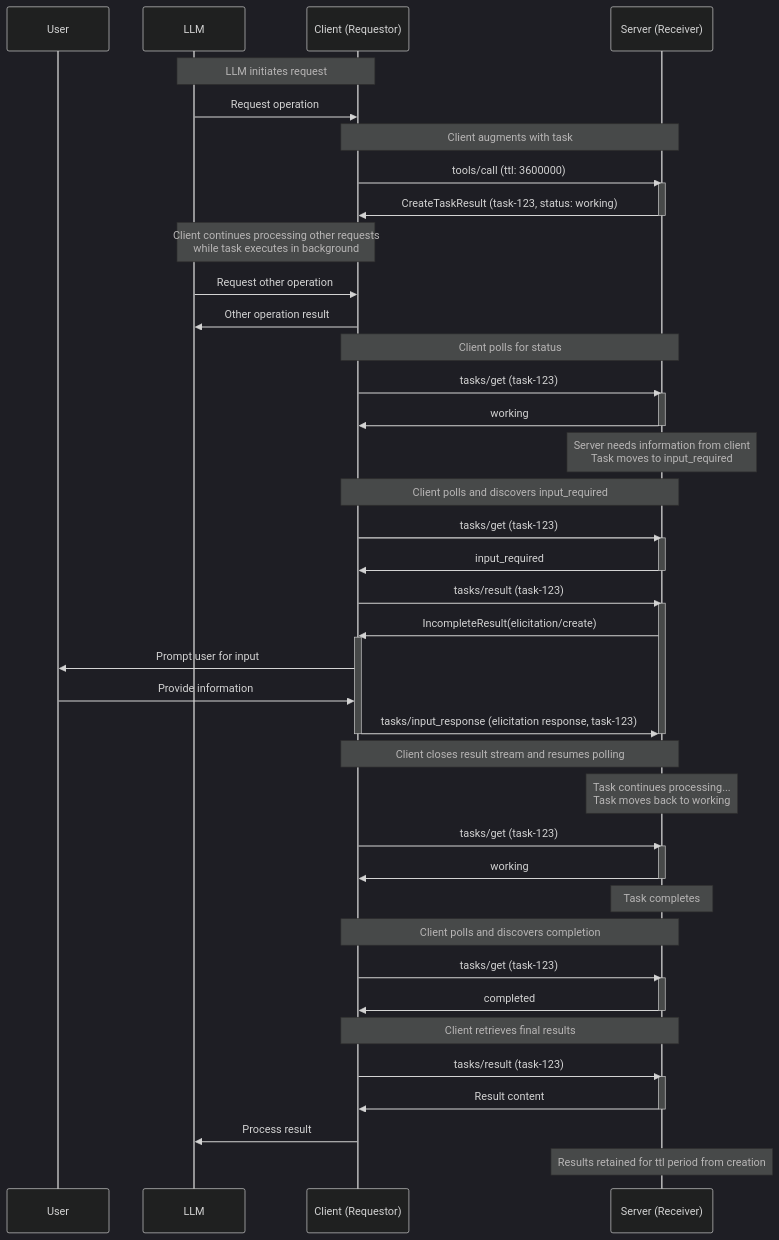
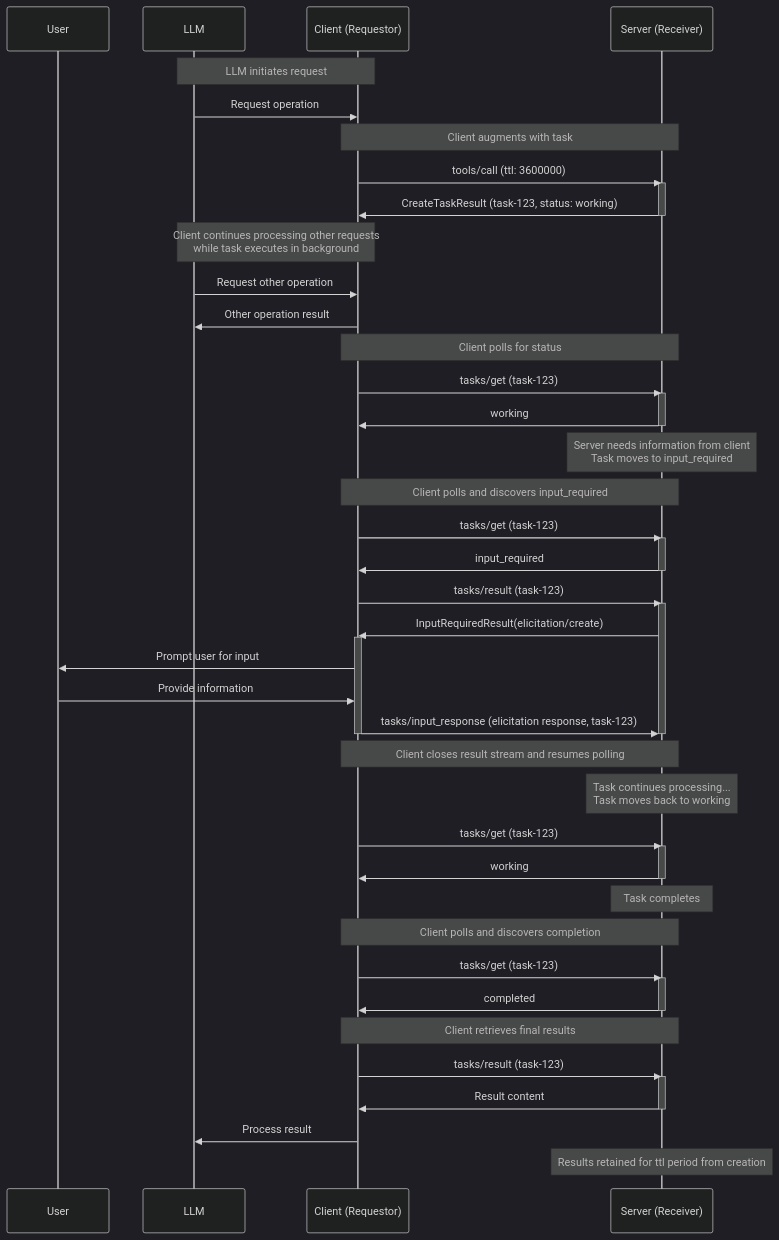
Before and after one commit to modelcontextprotocol/modelcontextprotocol: the third of 5 diagrams in docs/specification/draft/basic/utilities/tasks.mdx, drawn with Mermaid (dark theme). The commit also changed other lines of this file and 14 other files, not shown here.

First line of the commit message:
rename IncompleteResult to InputRequiredResult (#19)

````diff
--- a/docs/specification/draft/basic/utilities/tasks.mdx
+++ b/docs/specification/draft/basic/utilities/tasks.mdx
@@ -596,70 +596,70 @@
 ```mermaid
 sequenceDiagram
     participant U as User
     participant LLM
     participant C as Client (Requestor)
     participant S as Server (Receiver)
 
     Note over LLM,C: LLM initiates request
     LLM->>C: Request operation
 
     Note over C,S: Client augments with task
     C->>S: tools/call (ttl: 3600000)
     activate S
     S->>C: CreateTaskResult (task-123, status: working)
     deactivate S
 
     Note over LLM,C: Client continues processing other requests<br/>while task executes in background
     LLM->>C: Request other operation
     C->>LLM: Other operation result
 
     Note over C,S: Client polls for status
     C->>S: tasks/get (task-123)
     activate S
     S->>C: working
     deactivate S
 
     Note over S: Server needs information from client<br/>Task moves to input_required
 
     Note over C,S: Client polls and discovers input_required
     C->>S: tasks/get (task-123)
     activate S
     S->>C: input_required
     deactivate S
 
     C->>S: tasks/result (task-123)
     activate S
-    S->>C: IncompleteResult(elicitation/create)
+    S->>C: InputRequiredResult(elicitation/create)
     activate C
     C->>U: Prompt user for input
     U->>C: Provide information
     C->>S: tasks/input_response (elicitation response, task-123)
     deactivate C
     deactivate S
 
     Note over C,S: Client closes result stream and resumes polling
 
     Note over S: Task continues processing...<br/>Task moves back to working
 
     C->>S: tasks/get (task-123)
     activate S
     S->>C: working
     deactivate S
 
     Note over S: Task completes
 
     Note over C,S: Client polls and discovers completion
     C->>S: tasks/get (task-123)
     activate S
     S->>C: completed
     deactivate S
 
     Note over C,S: Client retrieves final results
     C->>S: tasks/result (task-123)
     activate S
     S->>C: Result content
     deactivate S
     C->>LLM: Process result
 
     Note over S: Results retained for ttl period from creation
 ```
````
